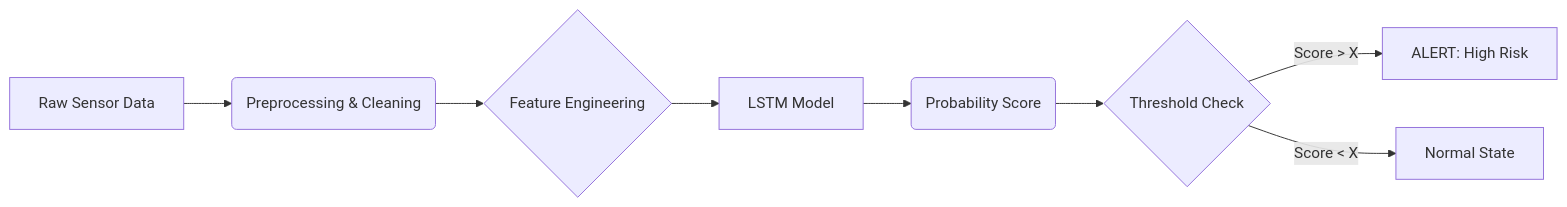
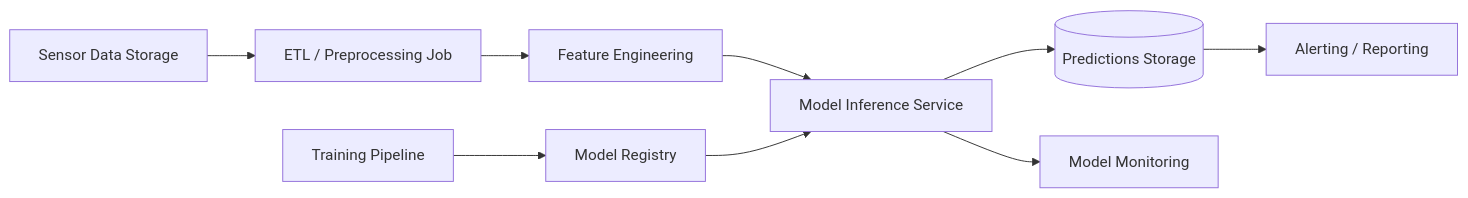
Before and after one commit to Xenox-developer/MLSysDes: the diagram in docs/ml_system_design_doc.md, drawn with Mermaid. The commit also changed other lines of this file and 3 other files, not shown here.

````diff
--- a/docs/ml_system_design_doc.md
+++ b/docs/ml_system_design_doc.md
@@ -48,10 +7,11 @@
 ```mermaid
 graph LR
-    A[Raw Sensor Data] --> B(Preprocessing & Cleaning);
-    B --> C{Feature Engineering};
-    C --> D[LSTM Model];
-    D --> E(Probability Score);
-    E --> F{Threshold Check};
-    F -- Score > X --> G[ALERT: High Risk];
-    F -- Score < X --> H[Normal State];
+    A[Sensor Data Storage] --> B[ETL / Preprocessing Job];
+    B --> C[Feature Engineering];
+    C --> D[Model Inference Service];
+    D --> E[(Predictions Storage)];
+    E --> F[Alerting / Reporting];
+    D --> G[Model Monitoring];
+    H[Training Pipeline] --> I[Model Registry];
+    I --> D;
 ```
````
